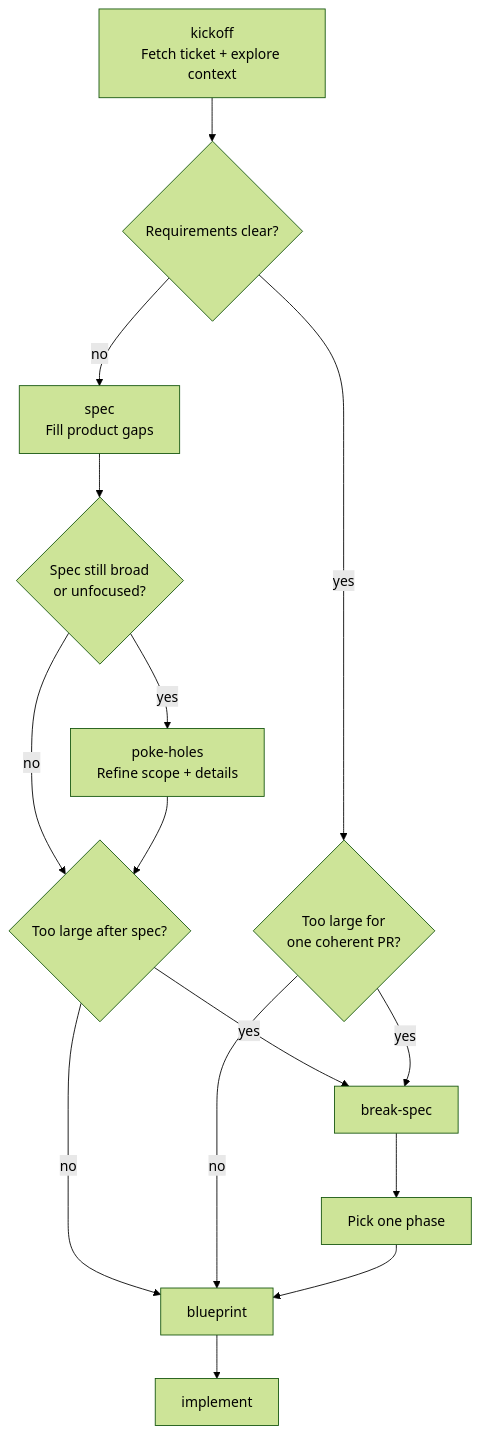
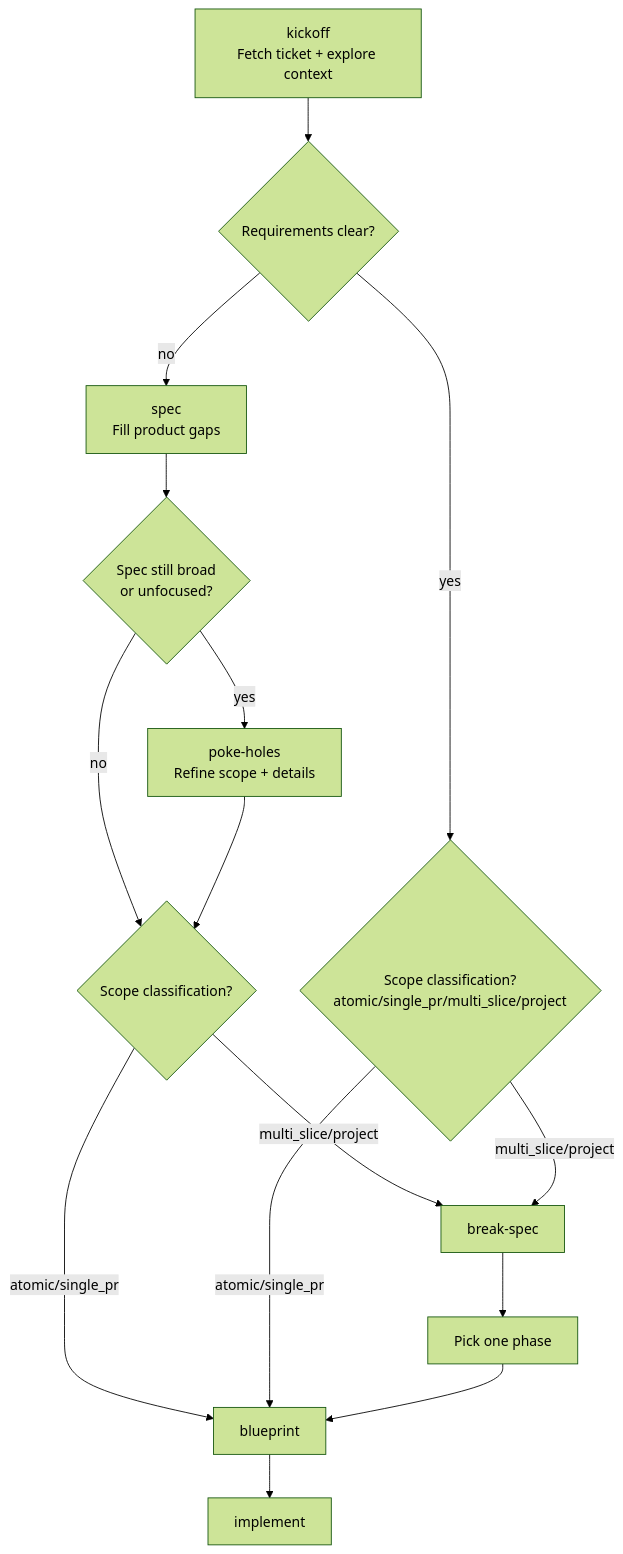
Before and after one commit to sandsower/beislid: the second of 4 diagrams in docs/workflows.md, drawn with Mermaid (forest theme). The commit also changed other lines of this file and 8 other files, not shown here.

````diff
--- a/docs/workflows.md
+++ b/docs/workflows.md
@@ -45,17 +45,17 @@
 ```mermaid
 flowchart TD
   A["kickoff<br/>Fetch ticket + explore context"] --> B{"Requirements clear?"}
   B -- "no" --> C["spec<br/>Fill product gaps"]
-  B -- "yes" --> D{"Too large for<br/>one coherent PR?"}
+  B -- "yes" --> D{"Scope classification?<br/>atomic/single_pr/multi_slice/project"}
   C --> P{"Spec still broad<br/>or unfocused?"}
   P -- "yes" --> Q["poke-holes<br/>Refine scope + details"]
-  P -- "no" --> E{"Too large after spec?"}
+  P -- "no" --> E{"Scope classification?"}
   Q --> E
-  E -- "yes" --> F["break-spec"]
-  E -- "no" --> G["blueprint"]
-  D -- "yes" --> F
-  D -- "no" --> G
+  E -- "multi_slice/project" --> F["break-spec"]
+  E -- "atomic/single_pr" --> G["blueprint"]
+  D -- "multi_slice/project" --> F
+  D -- "atomic/single_pr" --> G
   F --> H["Pick one phase"]
   H --> G
   G --> I["implement"]
 ```
````
